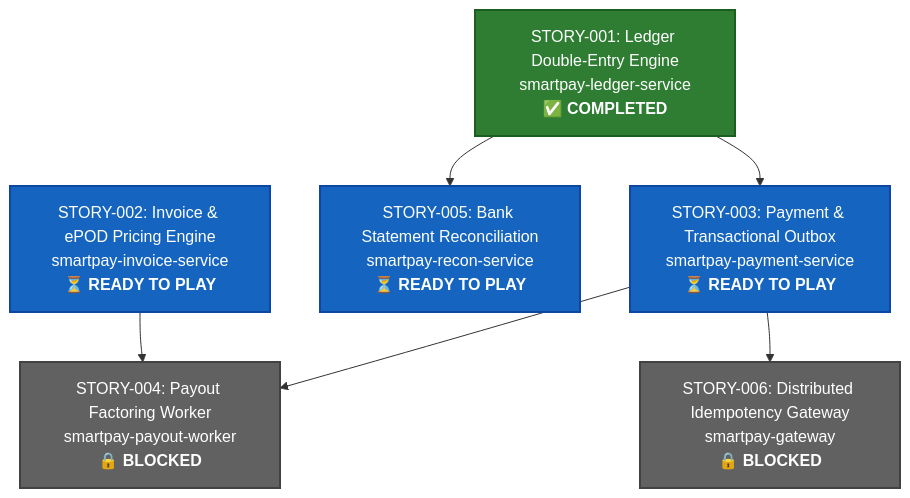
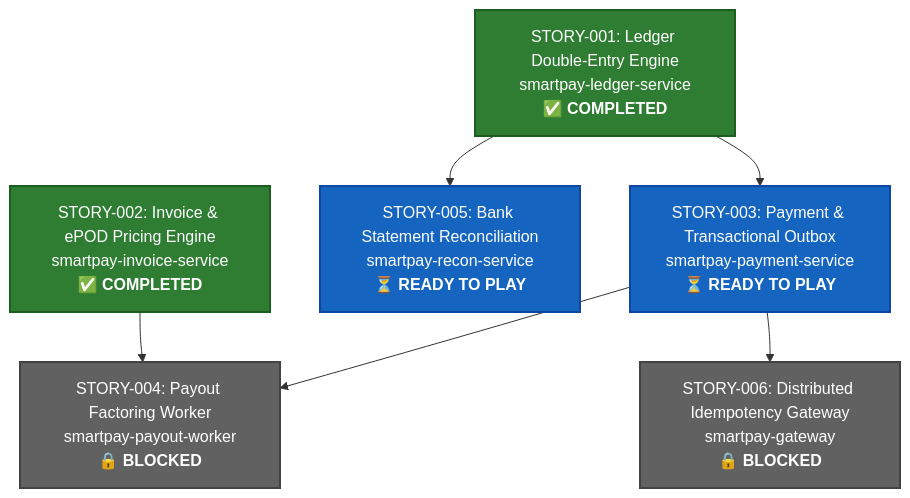
Before and after one commit to netologist/smartpay-system: the diagram in docs/stories/README.md, drawn with Mermaid. The commit also changed other lines of this file and 30 other files, not shown here.

First line of the commit message:
feat(invoice): implement freight invoicing and ePOD pricing engine (STORY-002)

````diff
--- a/docs/stories/README.md
+++ b/docs/stories/README.md
@@ -9,17 +9,17 @@
 ```mermaid
 graph TD
     STORY_001[STORY-001: Ledger Double-Entry Engine<br/>smartpay-ledger-service<br/><b>✅ COMPLETED</b>] --> STORY_003[STORY-003: Payment & Transactional Outbox<br/>smartpay-payment-service<br/><b>⏳ READY TO PLAY</b>]
     STORY_001 --> STORY_005[STORY-005: Bank Statement Reconciliation<br/>smartpay-recon-service<br/><b>⏳ READY TO PLAY</b>]
     
-    STORY_002[STORY-002: Invoice & ePOD Pricing Engine<br/>smartpay-invoice-service<br/><b>⏳ READY TO PLAY</b>] --> STORY_004[STORY-004: Payout Factoring Worker<br/>smartpay-payout-worker<br/><b>🔒 BLOCKED</b>]
+    STORY_002[STORY-002: Invoice & ePOD Pricing Engine<br/>smartpay-invoice-service<br/><b>✅ COMPLETED</b>] --> STORY_004[STORY-004: Payout Factoring Worker<br/>smartpay-payout-worker<br/><b>🔒 BLOCKED</b>]
     STORY_003 --> STORY_004
     STORY_003 --> STORY_006[STORY-006: Distributed Idempotency Gateway<br/>smartpay-gateway<br/><b>🔒 BLOCKED</b>]
 
     classDef completed fill:#2e7d32,stroke:#1b5e20,color:#fff,stroke-width:2px;
     classDef ready fill:#1565c0,stroke:#0d47a1,color:#fff,stroke-width:2px;
     classDef blocked fill:#616161,stroke:#424242,color:#fff,stroke-width:2px;
 
-    class STORY_001 completed;
-    class STORY_002,STORY_003,STORY_005 ready;
+    class STORY_001,STORY_002 completed;
+    class STORY_003,STORY_005 ready;
     class STORY_004,STORY_006 blocked;
 ```
````
